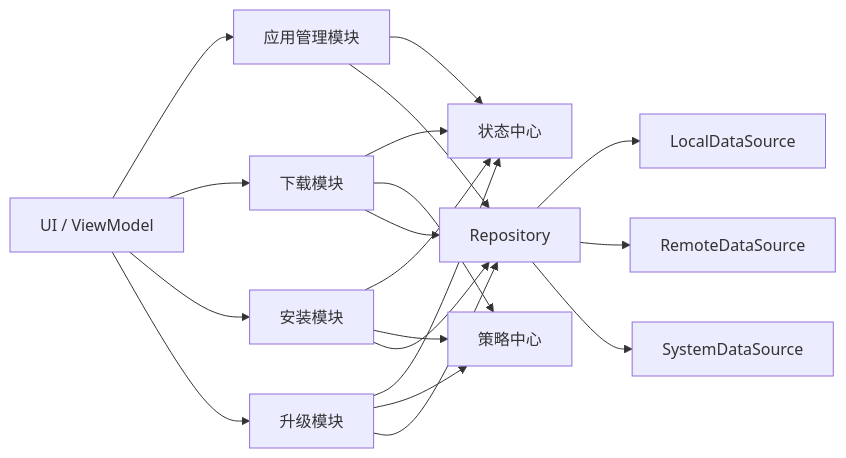
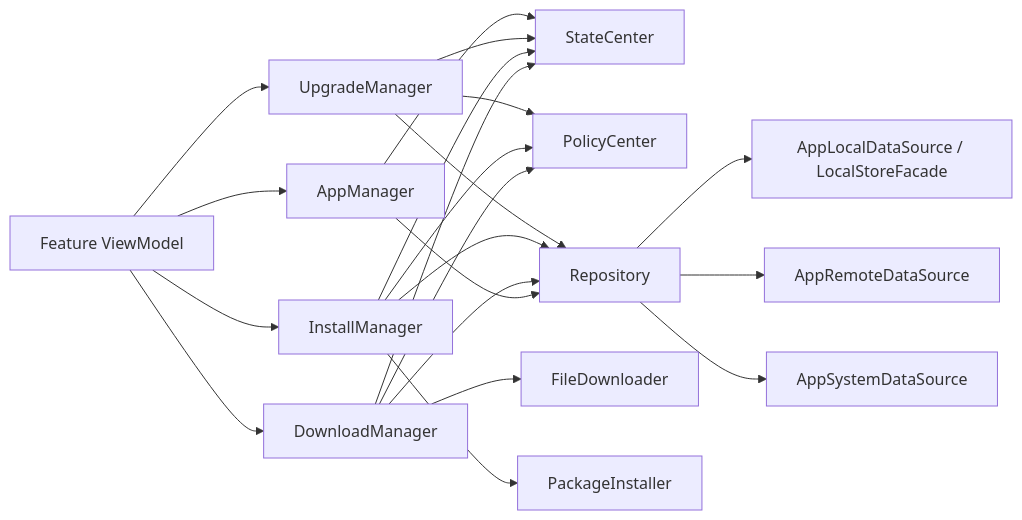
The second of 2 diagrams in docs/01-架构总览.md (XZQ/CarAppStore), drawn with Mermaid before and after one commit. The commit also changed other lines of this file and 35 other files, not shown here.

Commit message:
Docs: reorganize architecture docs and handoff guide

````diff
--- a/docs/01-架构总览.md
+++ b/docs/01-架构总览.md
@@ -64,25 +82,27 @@
 ```mermaid
 flowchart LR
-    UI[UI / ViewModel] --> AM[应用管理模块]
-    UI --> DM[下载模块]
-    UI --> IM[安装模块]
-    UI --> UM[升级模块]
+    UI[Feature ViewModel] --> AM[AppManager]
+    UI --> DM[DownloadManager]
+    UI --> IM[InstallManager]
+    UI --> UM[UpgradeManager]
 
-    DM --> SC[状态中心]
+    DM --> SC[StateCenter]
     IM --> SC
     UM --> SC
     AM --> SC
 
-    DM --> PC[策略中心]
+    DM --> PC[PolicyCenter]
     IM --> PC
     UM --> PC
-
     AM --> REPO[Repository]
     DM --> REPO
     IM --> REPO
     UM --> REPO
 
-    REPO --> LOCAL[LocalDataSource]
-    REPO --> REMOTE[RemoteDataSource]
-    REPO --> SYS[SystemDataSource]
+    DM --> FD[FileDownloader]
+    IM --> PI[PackageInstaller]
+
+    REPO --> LOCAL[AppLocalDataSource / LocalStoreFacade]
+    REPO --> REMOTE[AppRemoteDataSource]
+    REPO --> SYSTEM[AppSystemDataSource]
 ```
````
